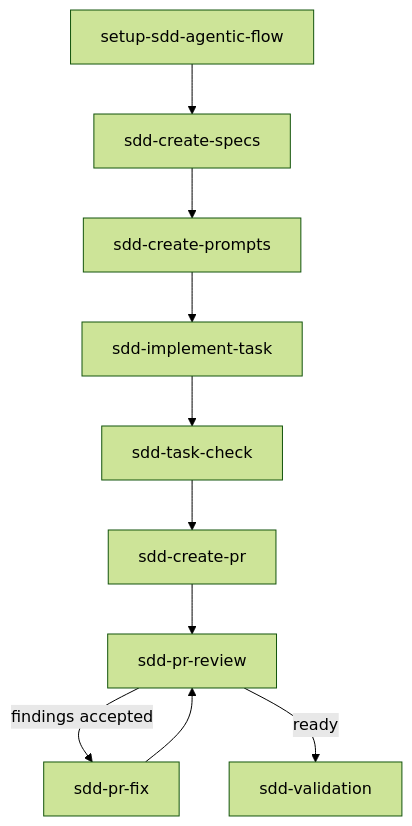
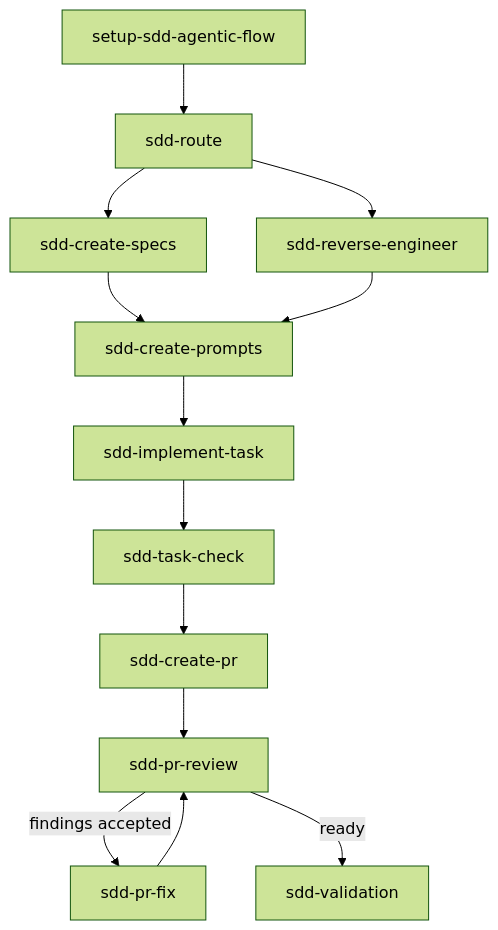
The diagram in README.md (gmartins-dev/sdd-agentic-flow), drawn with Mermaid (forest theme) before and after one commit. The commit also changed other lines of this file and 48 other files, not shown here.

````diff
--- a/README.md
+++ b/README.md
@@ -79,12 +79,15 @@
 ```mermaid
 flowchart TD
-  setup[setup-sdd-agentic-flow] --> specs[sdd-create-specs]
+  setup[setup-sdd-agentic-flow] --> route[sdd-route]
+  route --> specs[sdd-create-specs]
+  route --> reverse[sdd-reverse-engineer]
   specs --> prompts[sdd-create-prompts]
+  reverse --> prompts
   prompts --> implement[sdd-implement-task]
   implement --> check[sdd-task-check]
   check --> pr[sdd-create-pr]
   pr --> review[sdd-pr-review]
   review -->|findings accepted| fix[sdd-pr-fix]
   fix --> review
   review -->|ready| validate[sdd-validation]
 ```
````
